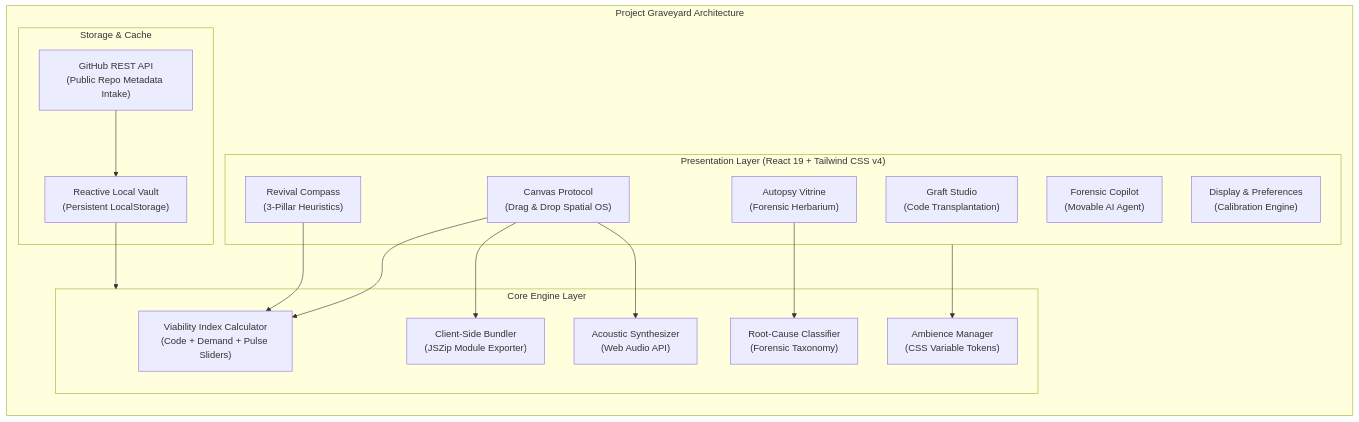
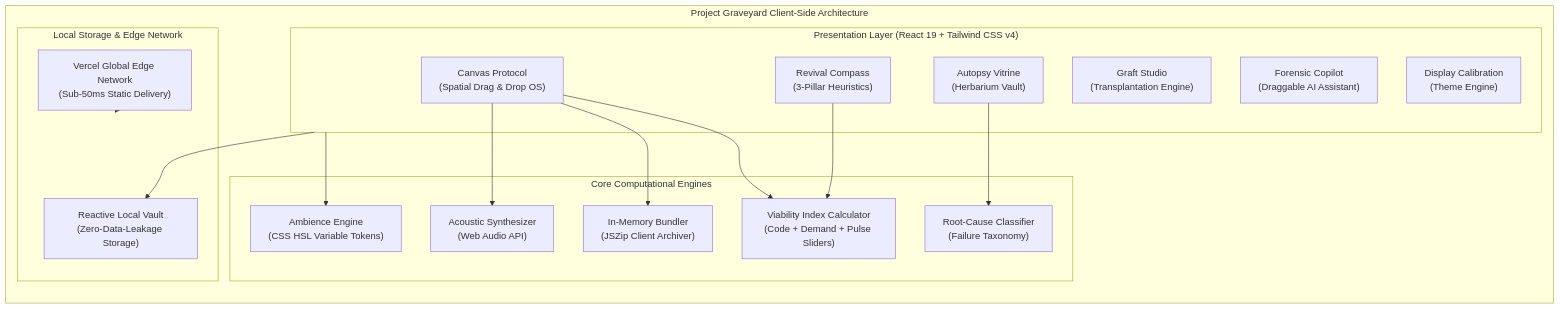
One commit to anshjaiswal2911-tech/Team-Hashing-CodeVariant changed the diagram in README.md. Above: the diagram before and after it, drawn with Mermaid. The commit also changed other lines of this file, not shown here.

Commit message:
docs(enterprise): elevate README to tier-1 production standard with zero contest references

````diff
--- a/README.md
+++ b/README.md
@@ -209,37 +204,37 @@
 ```mermaid
 flowchart TB
-    subgraph ClientWorkspace["Project Graveyard Architecture"]
+    subgraph ClientRuntime["Project Graveyard Client-Side Architecture"]
         direction TB
         
         subgraph UI["Presentation Layer (React 19 + Tailwind CSS v4)"]
-            Canvas["Canvas Protocol<br/>(Drag & Drop Spatial OS)"]
+            Canvas["Canvas Protocol<br/>(Spatial Drag & Drop OS)"]
             Compass["Revival Compass<br/>(3-Pillar Heuristics)"]
-            Autopsy["Autopsy Vitrine<br/>(Forensic Herbarium)"]
-            Graft["Graft Studio<br/>(Code Transplantation)"]
-            Copilot["Forensic Copilot<br/>(Movable AI Agent)"]
-            Settings["Display & Preferences<br/>(Calibration Engine)"]
+            Autopsy["Autopsy Vitrine<br/>(Herbarium Vault)"]
+            Graft["Graft Studio<br/>(Transplantation Engine)"]
+            Copilot["Forensic Copilot<br/>(Draggable AI Assistant)"]
+            DisplayCalibration["Display Calibration<br/>(Theme Engine)"]
         end
 
-        subgraph Engines["Core Engine Layer"]
+        subgraph CoreEngines["Core Computational Engines"]
             ViabilityEngine["Viability Index Calculator<br/>(Code + Demand + Pulse Sliders)"]
-            TaxonomyEngine["Root-Cause Classifier<br/>(Forensic Taxonomy)"]
-            ZipHarvester["Client-Side Bundler<br/>(JSZip Module Exporter)"]
-            ThemeEngine["Ambience Manager<br/>(CSS Variable Tokens)"]
-            AudioEngine["Acoustic Synthesizer<br/>(Web Audio API)"]
+            TaxonomyEngine["Root-Cause Classifier<br/>(Failure Taxonomy)"]
+            ZipHarvester["In-Memory Bundler<br/>(JSZip Client Archiver)"]
+            ThemeEngine["Ambience Engine<br/>(CSS HSL Variable Tokens)"]
+            AudioSynth["Acoustic Synthesizer<br/>(Web Audio API)"]
         end
 
-        subgraph StateLayer["Storage & Cache"]
-            LocalVault["Reactive Local Vault<br/>(Persistent LocalStorage)"]
-            GitHubAPI["GitHub REST API<br/>(Public Repo Metadata Intake)"]
+        subgraph Persistence["Local Storage & Edge Network"]
+            ReactiveVault["Reactive Local Vault<br/>(Zero-Data-Leakage Storage)"]
+            EdgeCDN["Vercel Global Edge Network<br/>(Sub-50ms Static Delivery)"]
         end
     end
 
     Canvas --> ViabilityEngine
     Canvas --> ZipHarvester
-    Canvas --> AudioEngine
+    Canvas --> AudioSynth
     Compass --> ViabilityEngine
     Autopsy --> TaxonomyEngine
     UI --> ThemeEngine
-    GitHubAPI --> LocalVault
-    LocalVault --> Engines
+    UI --> ReactiveVault
+    EdgeCDN --> ClientRuntime
 ```
````
